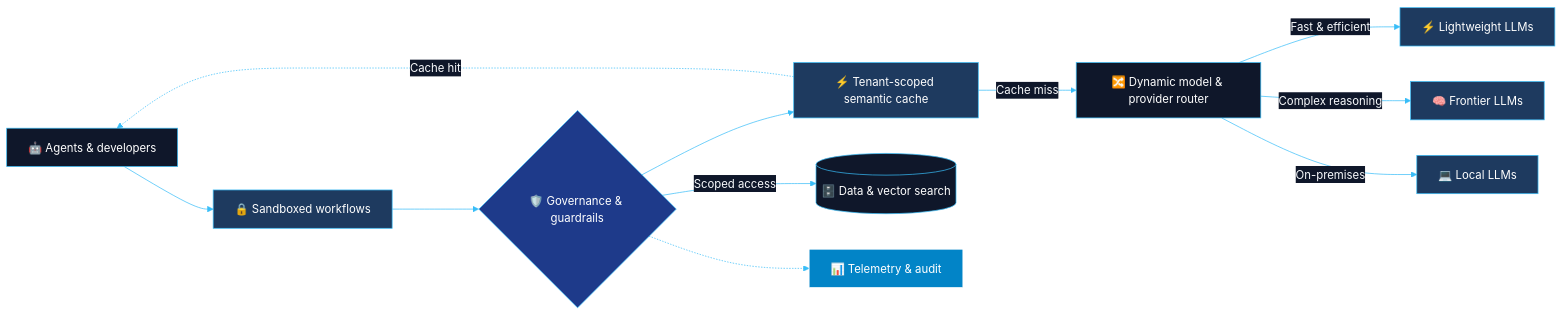
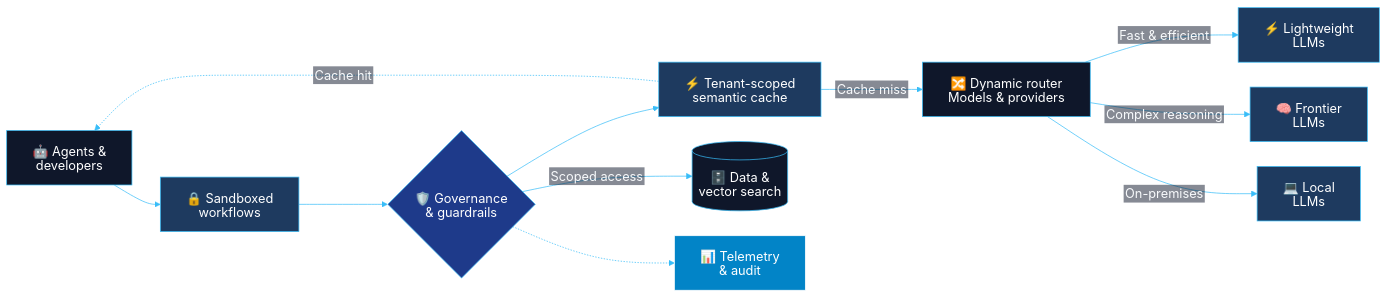
Before and after one commit to VanshajVerma/VanshajVerma: the diagram in README.md, drawn with Mermaid.

Commit message:
Center architecture labels with stable SVG text rendering

````diff
--- a/README.md
+++ b/README.md
@@ -42,24 +42,24 @@
 ```mermaid
-%%{init: {"theme": "base", "layout": "dagre", "flowchart": {"curve": "basis"}, "themeVariables": {"edgeLabelBackground": "#0F172A", "textColor": "#F8FAFC", "primaryTextColor": "#F8FAFC", "lineColor": "#38BDF8"}}}%%
+%%{init: {"theme": "base", "look": "classic", "layout": "dagre", "htmlLabels": false, "flowchart": {"curve": "basis", "padding": 18, "nodeSpacing": 35, "rankSpacing": 40, "wrappingWidth": 200}, "themeVariables": {"fontFamily": "Arial, sans-serif", "fontSize": "18px", "edgeLabelBackground": "#0F172A", "textColor": "#F8FAFC", "primaryTextColor": "#F8FAFC", "lineColor": "#38BDF8"}}}%%
 flowchart LR
-    A["🤖 Agents & developers"] --> S["🔒 Sandboxed workflows"]
-    S --> B{"🛡️ Governance & guardrails"}
-    B --> H["⚡ Tenant-scoped semantic cache"]
-    H -->|Cache miss| C["🔀 Dynamic model & provider router"]
+    A["🤖 Agents &<br/>developers"] --> S["🔒 Sandboxed<br/>workflows"]
+    S --> B{"🛡️ Governance<br/>& guardrails"}
+    B --> H["⚡ Tenant-scoped<br/>semantic cache"]
+    H -->|Cache miss| C["🔀 Dynamic router<br/>Models & providers"]
     H -.->|Cache hit| A
-    C -->|Fast & efficient| D["⚡ Lightweight LLMs"]
-    C -->|Complex reasoning| E["🧠 Frontier LLMs"]
-    C -->|On-premises| L["💻 Local LLMs"]
-    B -->|Scoped access| F[("🗄️ Data & vector search")]
-    B -.-> G["📊 Telemetry & audit"]
+    C -->|Fast & efficient| D["⚡ Lightweight<br/>LLMs"]
+    C -->|Complex reasoning| E["🧠 Frontier<br/>LLMs"]
+    C -->|On-premises| L["💻 Local<br/>LLMs"]
+    B -->|Scoped access| F[("🗄️ Data &<br/>vector search")]
+    B -.-> G["📊 Telemetry<br/>& audit"]
     style A fill:#0F172A,stroke:#38BDF8,color:#fff
     style S fill:#1E3A5F,stroke:#38BDF8,color:#fff
     style B fill:#1E3A8A,stroke:#38BDF8,color:#fff
     style H fill:#1E3A5F,stroke:#38BDF8,color:#fff
     style C fill:#0F172A,stroke:#38BDF8,color:#fff
     style D fill:#1E3A5F,stroke:#38BDF8,color:#fff
     style E fill:#1E3A5F,stroke:#38BDF8,color:#fff
     style L fill:#1E3A5F,stroke:#38BDF8,color:#fff
     style F fill:#0F172A,stroke:#38BDF8,color:#fff
     style G fill:#0284C7,stroke:#fff,color:#fff
 ```
````
